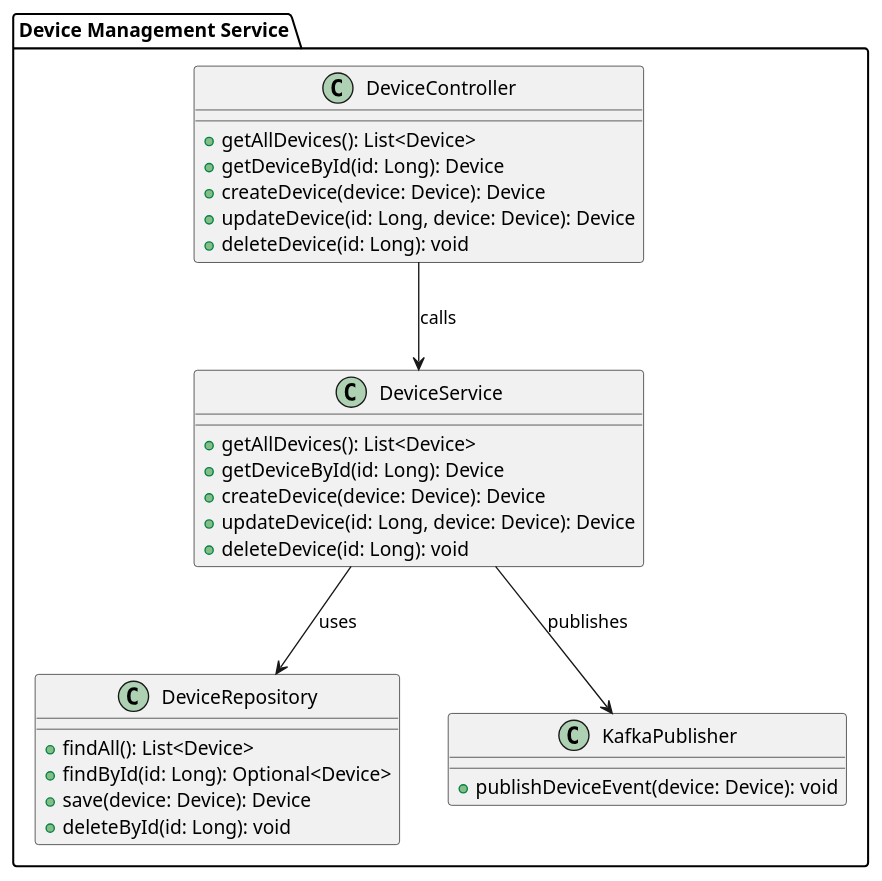
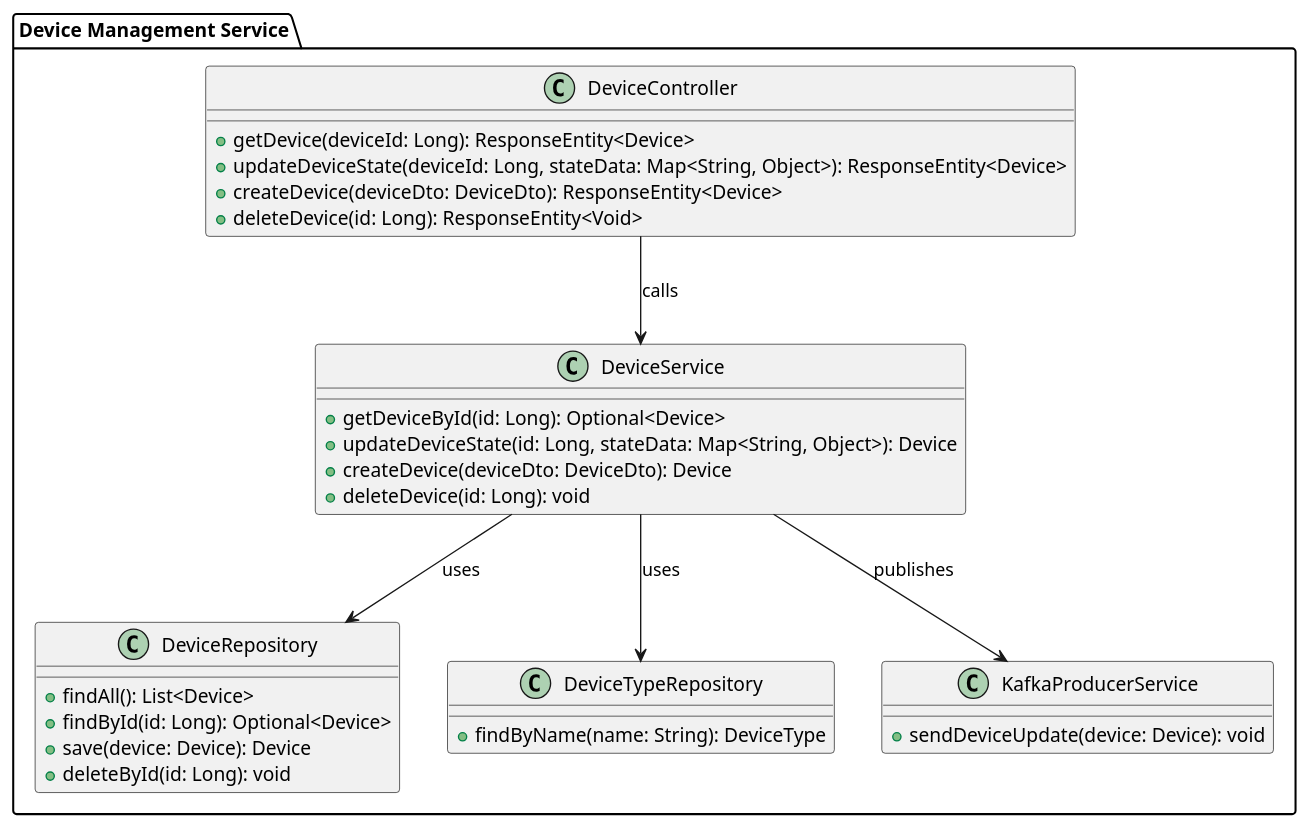
One commit to sergei-nazarov/automatic-succotash changed the diagram in plantUML/microservices-code-device.puml. Above: the diagram before and after it, drawn with PlantUML. The commit also changed 2 other files, not shown here.

Commit message:
update code diagrams

```diff
--- a/plantUML/microservices-code-device.puml
+++ b/plantUML/microservices-code-device.puml
@@ -1,36 +1,39 @@
 @startuml
 
 package "Device Management Service" {
     class DeviceController {
-        +getAllDevices(): List<Device>
-        +getDeviceById(id: Long): Device
-        +createDevice(device: Device): Device
-        +updateDevice(id: Long, device: Device): Device
-        +deleteDevice(id: Long): void
+        +getDevice(deviceId: Long): ResponseEntity<Device>
+        +updateDeviceState(deviceId: Long, stateData: Map<String, Object>): ResponseEntity<Device>
+        +createDevice(deviceDto: DeviceDto): ResponseEntity<Device>
+        +deleteDevice(id: Long): ResponseEntity<Void>
     }
 
     class DeviceService {
-        +getAllDevices(): List<Device>
-        +getDeviceById(id: Long): Device
-        +createDevice(device: Device): Device
-        +updateDevice(id: Long, device: Device): Device
+        +getDeviceById(id: Long): Optional<Device>
+        +updateDeviceState(id: Long, stateData: Map<String, Object>): Device
+        +createDevice(deviceDto: DeviceDto): Device
         +deleteDevice(id: Long): void
     }
 
     class DeviceRepository {
         +findAll(): List<Device>
         +findById(id: Long): Optional<Device>
         +save(device: Device): Device
         +deleteById(id: Long): void
     }
 
-    class KafkaPublisher {
-        +publishDeviceEvent(device: Device): void
+    class DeviceTypeRepository {
+        +findByName(name: String): DeviceType
+    }
+
+    class KafkaProducerService {
+        +sendDeviceUpdate(device: Device): void
     }
 
     DeviceController --> DeviceService : calls
     DeviceService --> DeviceRepository : uses
-    DeviceService --> KafkaPublisher : publishes
+    DeviceService --> DeviceTypeRepository : uses
+    DeviceService --> KafkaProducerService : publishes
 }
 
 @enduml
```
